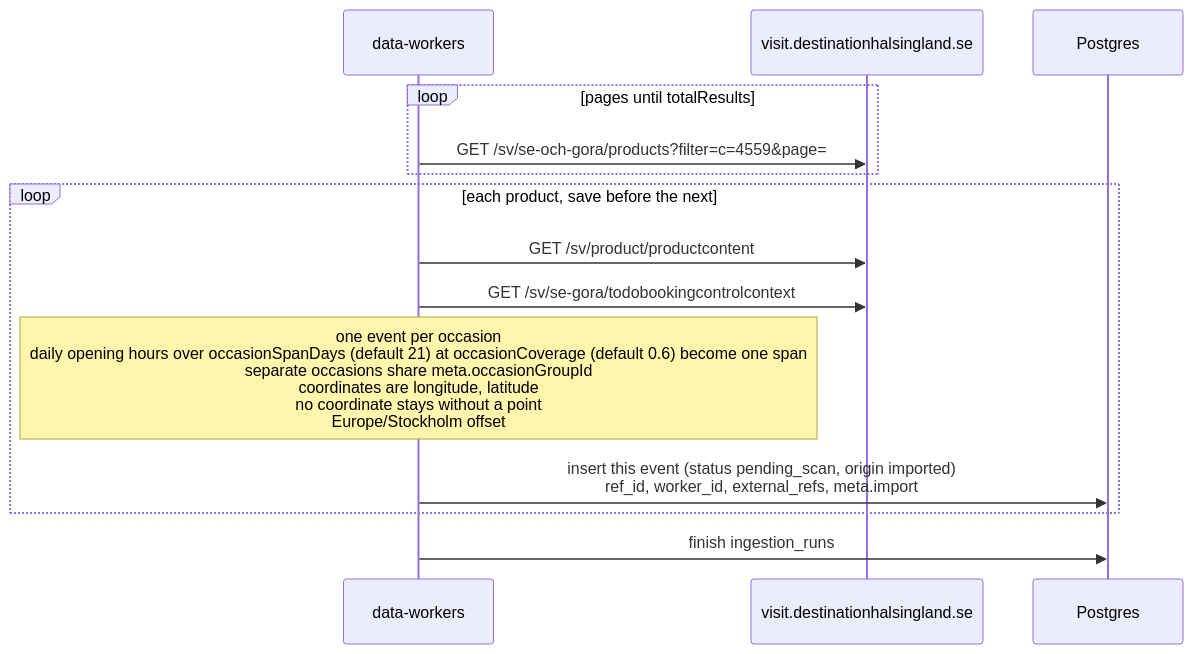
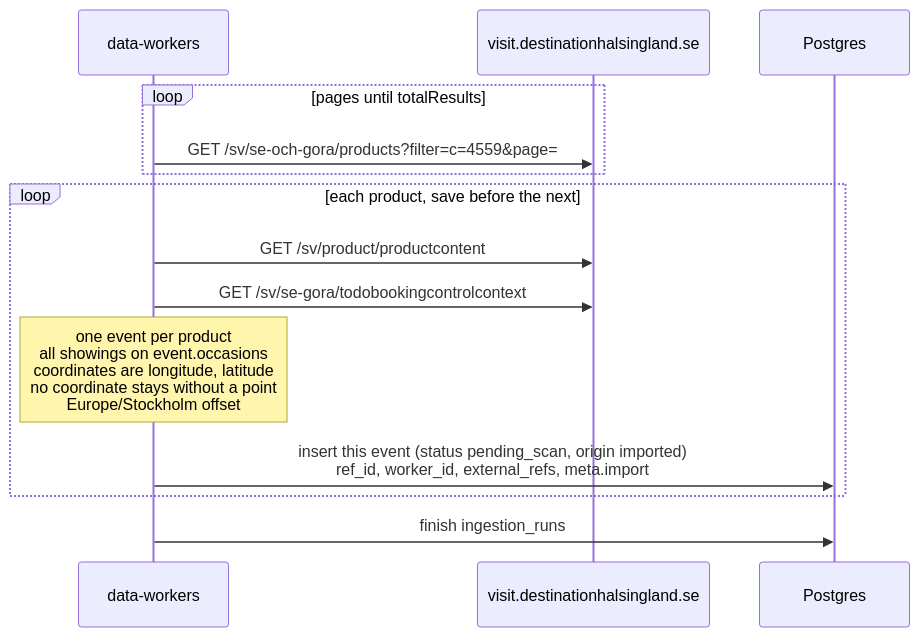
The diagram in docs/flows/destination-halsingland.md (BradleySmallbottoms/evently), drawn with Mermaid before and after one commit. The commit also changed other lines of this file and 36 other files, not shown here.

First line of the commit message:
Refactor occasion management and event handling in admin components

````diff
--- a/docs/flows/destination-halsingland.md
+++ b/docs/flows/destination-halsingland.md
@@ -45,17 +42,17 @@
 ```mermaid
 sequenceDiagram
   participant Runner as data-workers
   participant Site as visit.destinationhalsingland.se
   participant DB as Postgres
 
   loop pages until totalResults
     Runner->>Site: GET /sv/se-och-gora/products?filter=c=4559&page=
   end
   loop each product, save before the next
     Runner->>Site: GET /sv/product/productcontent
     Runner->>Site: GET /sv/se-gora/todobookingcontrolcontext
-    Note over Runner: one event per occasion<br/>daily opening hours over occasionSpanDays (default 21) at occasionCoverage (default 0.6) become one span<br/>separate occasions share meta.occasionGroupId<br/>coordinates are longitude, latitude<br/>no coordinate stays without a point<br/>Europe/Stockholm offset
+    Note over Runner: one event per product<br/>all showings on event.occasions<br/>coordinates are longitude, latitude<br/>no coordinate stays without a point<br/>Europe/Stockholm offset
     Runner->>DB: insert this event (status pending_scan, origin imported)<br/>ref_id, worker_id, external_refs, meta.import
   end
   Runner->>DB: finish ingestion_runs
 ```
````
